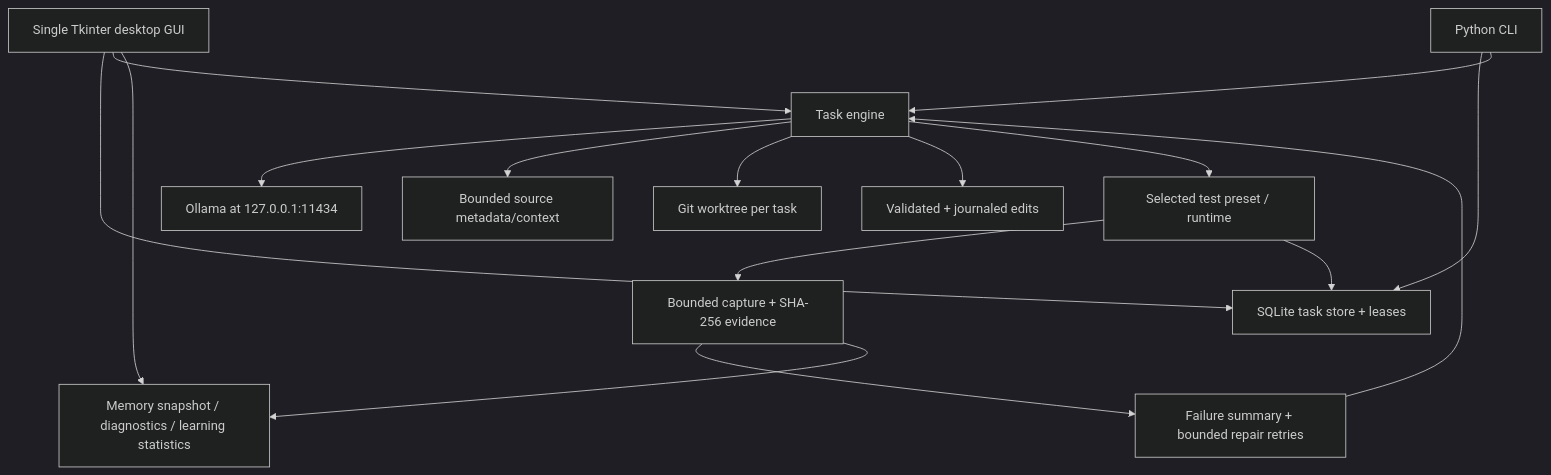
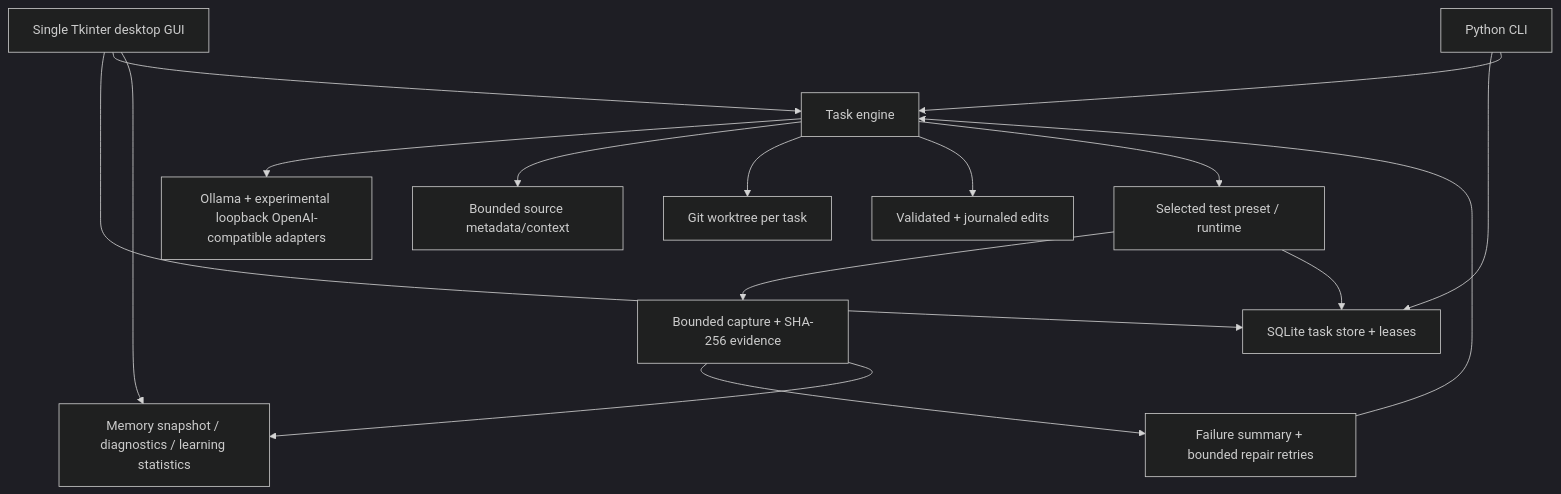
Before and after one commit to DevTunaSoft/ForgeOS: the diagram in docs/ARCHITECTURE.md, drawn with Mermaid (dark theme). The commit also changed other lines of this file and 48 other files, not shown here.

````diff
--- a/docs/ARCHITECTURE.md
+++ b/docs/ARCHITECTURE.md
@@ -7,18 +7,18 @@
 ```mermaid
 flowchart TB
     UI["Single Tkinter desktop GUI"] --> DB["SQLite task store + leases"]
     CLI["Python CLI"] --> DB
     UI --> Engine["Task engine"]
     CLI --> Engine
-    Engine --> Models["Ollama at 127.0.0.1:11434"]
+    Engine --> Models["Ollama + experimental loopback OpenAI-compatible adapters"]
     Engine --> Context["Bounded source metadata/context"]
     Engine --> Workspace["Git worktree per task"]
     Engine --> Tx["Validated + journaled edits"]
     Engine --> Tests["Selected test preset / runtime"]
     Tests --> Capture["Bounded capture + SHA-256 evidence"]
     Capture --> Repair["Failure summary + bounded repair retries"]
     Repair --> Engine
     Tests --> DB
     UI --> Insights["Memory snapshot / diagnostics / learning statistics"]
     Capture --> Insights
 ```
````
